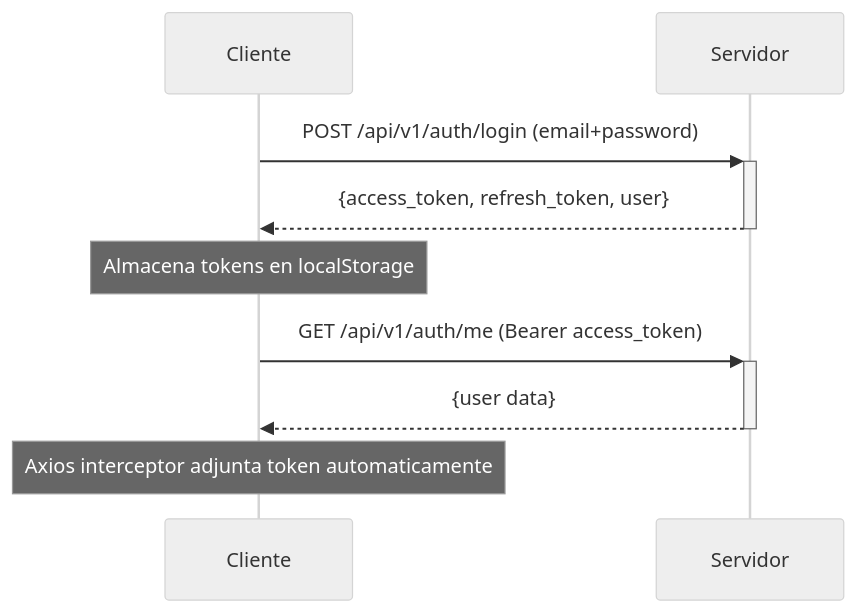
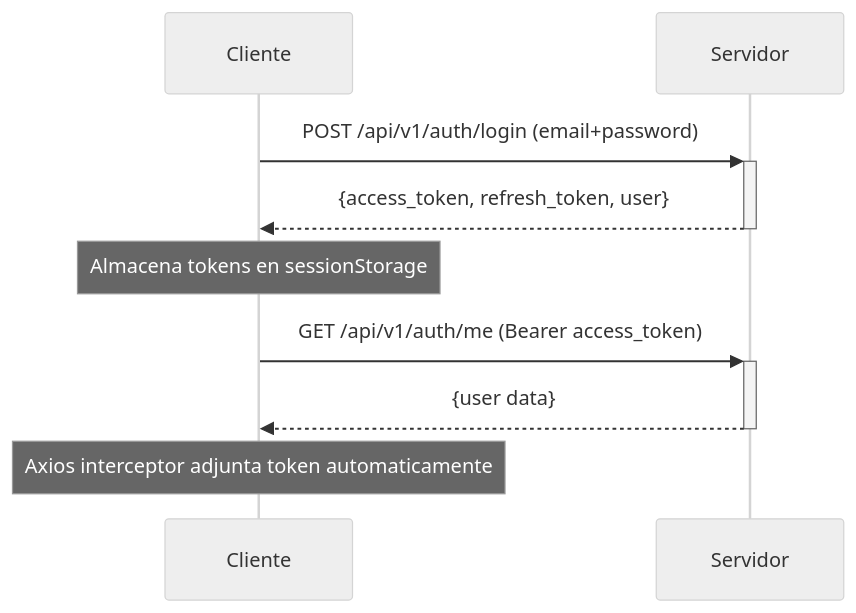
Before and after one commit to mrwil82/SIGAI-SES: the diagram in ENTREGABLES_SIGAI_SES/01_DOCUMENTACION_TECNICA/FAQ/01_FAQ_TECNICA.md, drawn with Mermaid (neutral theme). The commit also changed other lines of this file and 54 other files, not shown here.

````diff
--- a/ENTREGABLES_SIGAI_SES/01_DOCUMENTACION_TECNICA/FAQ/01_FAQ_TECNICA.md
+++ b/ENTREGABLES_SIGAI_SES/01_DOCUMENTACION_TECNICA/FAQ/01_FAQ_TECNICA.md
@@ -111,9 +111,9 @@
 ```mermaid
 sequenceDiagram
     Cliente->>+Servidor: POST /api/v1/auth/login (email+password)
     Servidor-->>-Cliente: {access_token, refresh_token, user}
-    Note over Cliente: Almacena tokens en localStorage
+    Note over Cliente: Almacena tokens en sessionStorage
     Cliente->>+Servidor: GET /api/v1/auth/me (Bearer access_token)
     Servidor-->>-Cliente: {user data}
     Note over Cliente: Axios interceptor adjunta token automaticamente
 ```
````
